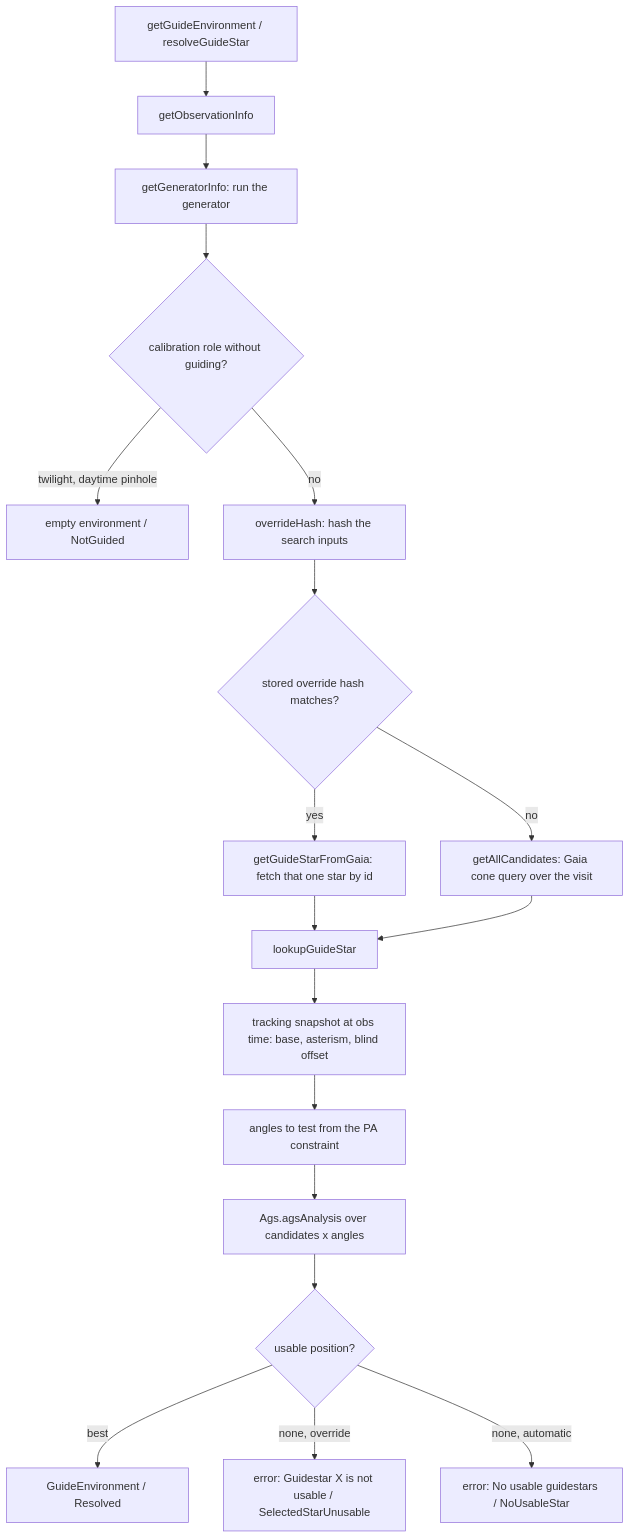
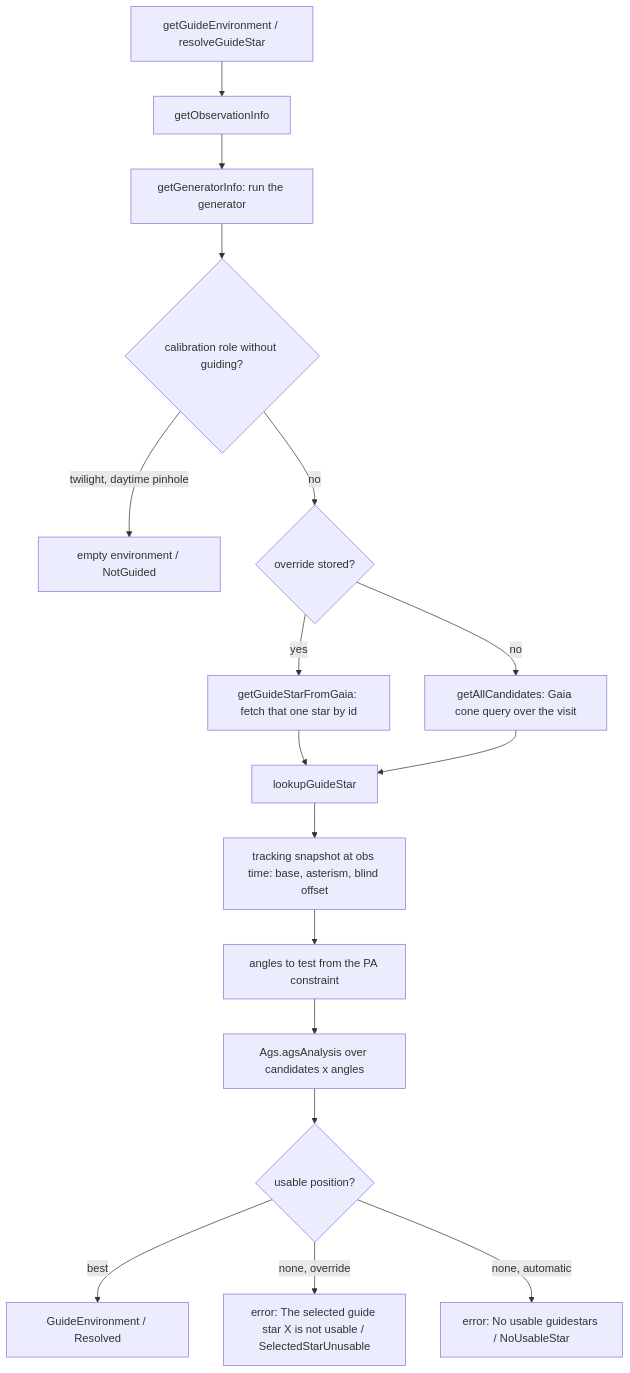
The first of 4 diagrams in modules/service/docs/guide-star-flow.md (gemini-hlsw/lucuma-odb), drawn with Mermaid before and after one commit. The commit also changed other lines of this file and 4 other files, not shown here.

````diff
--- a/modules/service/docs/guide-star-flow.md
+++ b/modules/service/docs/guide-star-flow.md
@@ -32,20 +32,19 @@
 ```mermaid
 flowchart TD
     A[getGuideEnvironment / resolveGuideStar] --> B[getObservationInfo]
     B --> C[getGeneratorInfo: run the generator]
     C --> D{calibration role without guiding?}
     D -- twilight, daytime pinhole --> E[empty environment / NotGuided]
-    D -- no --> F[overrideHash: hash the search inputs]
-    F --> G{stored override hash matches?}
+    D -- no --> G{override stored?}
     G -- yes --> H[getGuideStarFromGaia: fetch that one star by id]
     G -- no --> I[getAllCandidates: Gaia cone query over the visit]
     H --> J[lookupGuideStar]
     I --> J
     J --> K[tracking snapshot at obs time: base, asterism, blind offset]
     K --> L[angles to test from the PA constraint]
     L --> M[Ags.agsAnalysis over candidates x angles]
     M --> N{usable position?}
     N -- best --> O[GuideEnvironment / Resolved]
-    N -- none, override --> P[error: Guidestar X is not usable / SelectedStarUnusable]
+    N -- none, override --> P[error: The selected guide star X is not usable / SelectedStarUnusable]
     N -- none, automatic --> Q[error: No usable guidestars / NoUsableStar]
 ```
````
